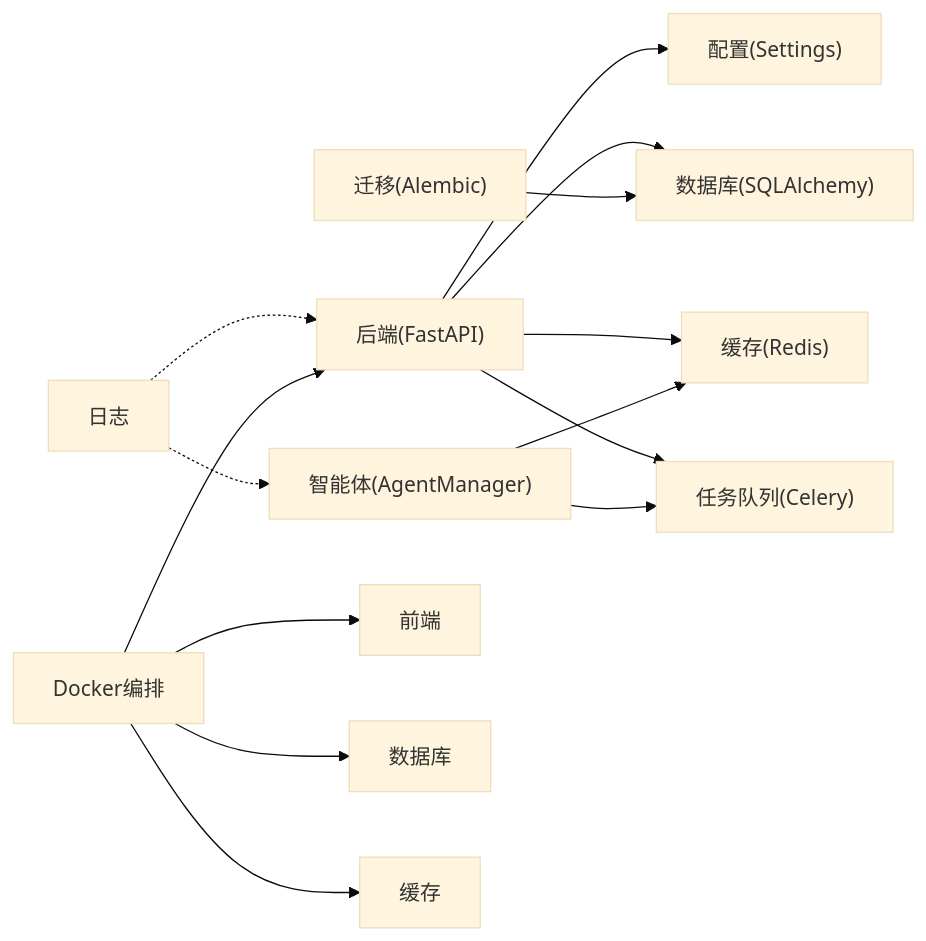
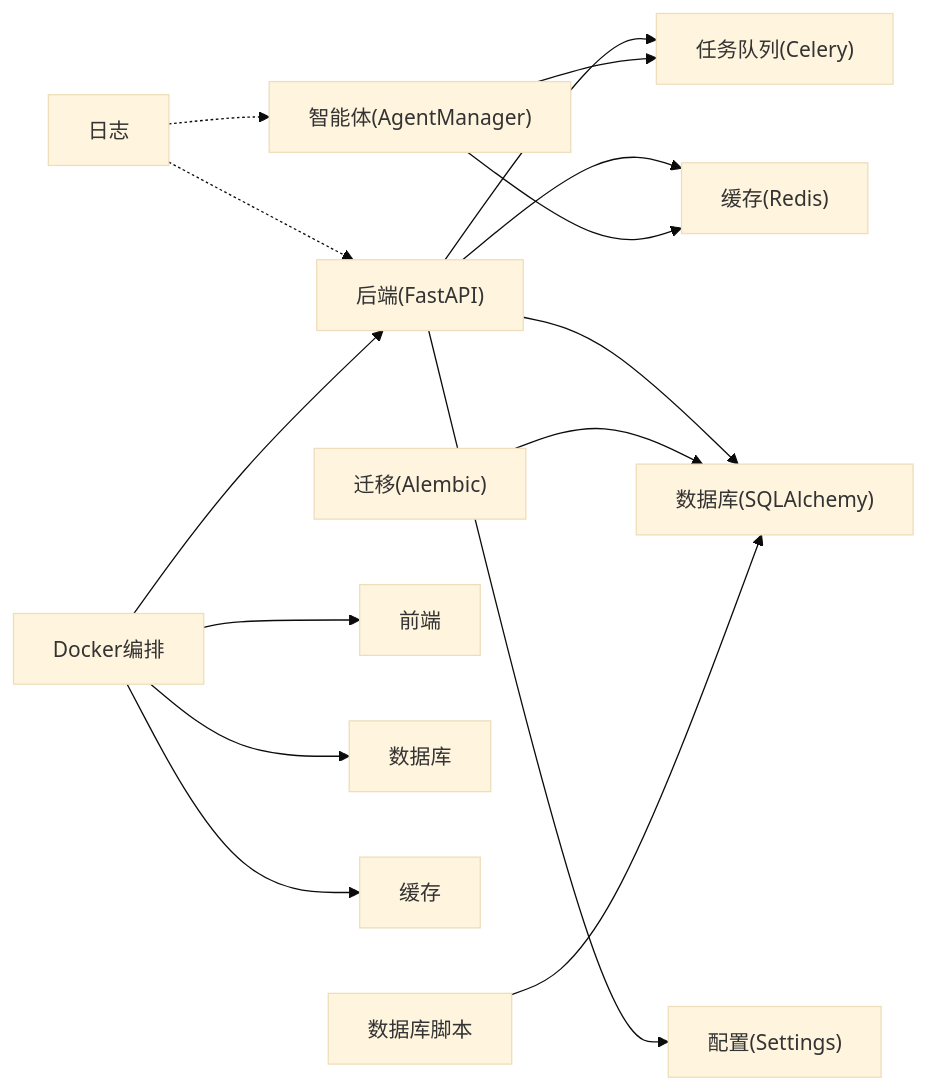
The fifth of 5 diagrams in .qoder/repowiki/zh/content/部署与运维/部署与运维.md (xfbyxq/ai-novel-system), drawn with Mermaid (base theme) before and after one commit. The commit also changed other lines of this file and 6 other files, not shown here.

First line of the commit message:
feat(architecture): 完善智能体系统核心组件与架构文档

````diff
--- a/.qoder/repowiki/zh/content/部署与运维/部署与运维.md
+++ b/.qoder/repowiki/zh/content/部署与运维/部署与运维.md
@@ -339,16 +391,17 @@
 ```mermaid
 graph LR
 BE["后端(FastAPI)"] --> CFG["配置(Settings)"]
 BE --> DB["数据库(SQLAlchemy)"]
 BE --> RC["缓存(Redis)"]
 BE --> CW["任务队列(Celery)"]
 AG["智能体(AgentManager)"] --> RC
 AG --> CW
 LOG["日志"] -.-> BE
 LOG -.-> AG
 MIG["迁移(Alembic)"] --> DB
 DC["Docker编排"] --> BE
 DC --> FE["前端"]
 DC --> PG["数据库"]
 DC --> RD["缓存"]
+DBS["数据库脚本"] --> DB
 ```
````
